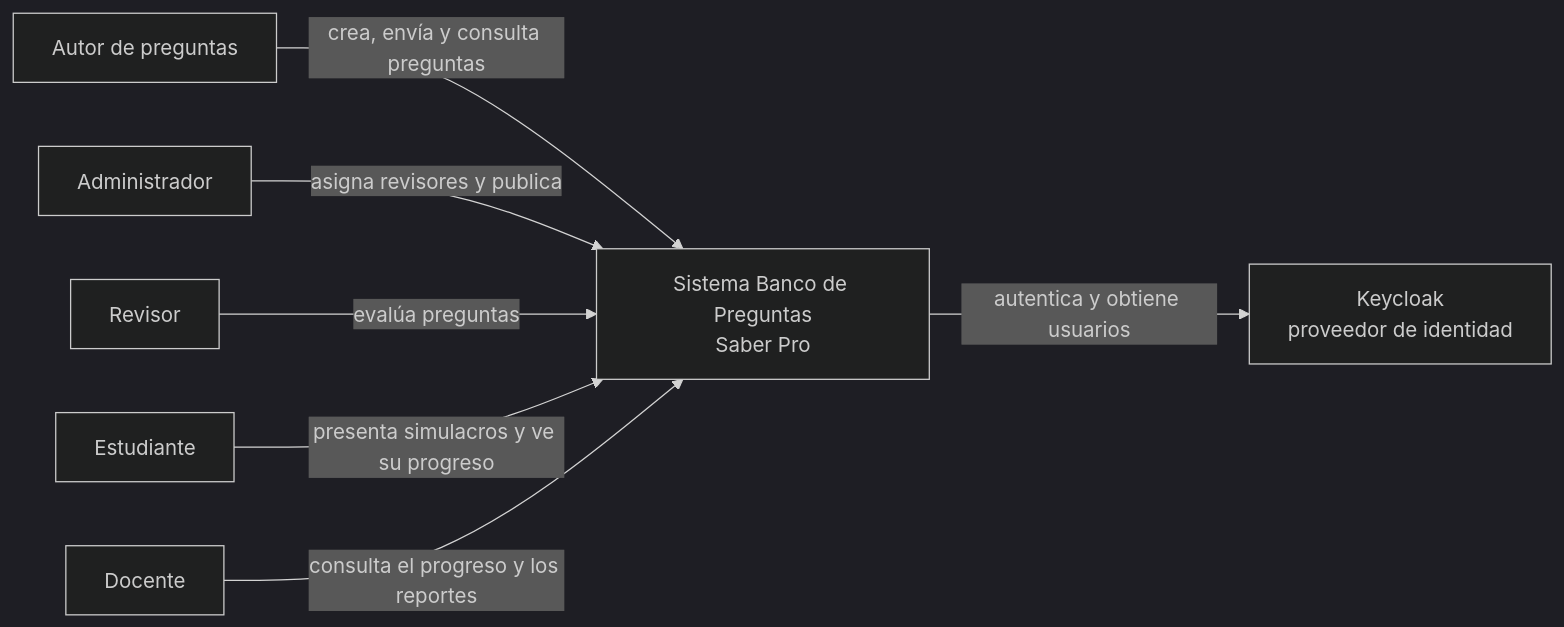
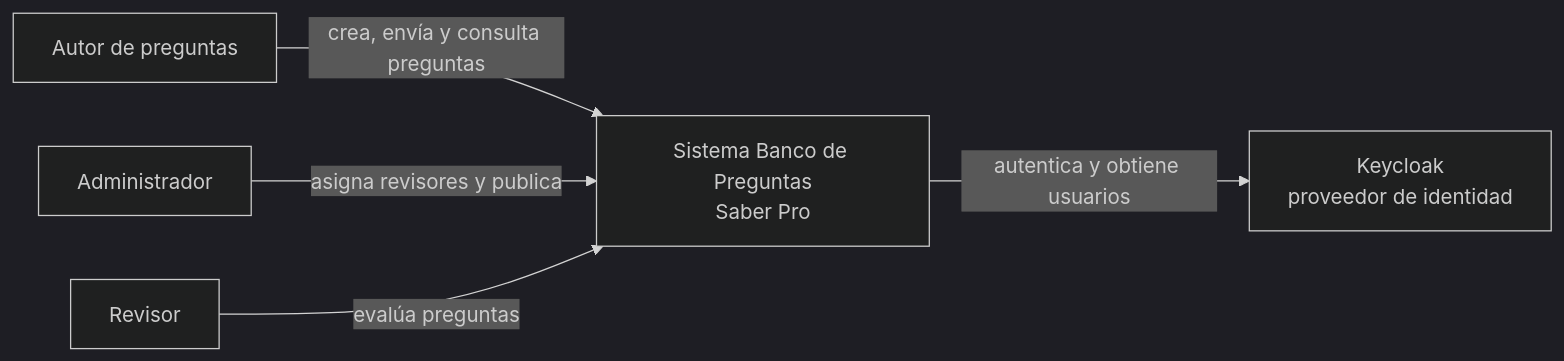
The first of 20 diagrams in docs/corte-2/03-arquitectura-c4-uml.md (DVLASZ/banco-preguntas-saberpro), drawn with Mermaid (dark theme) before and after one commit. The commit also changed other lines of this file and 66 other files, not shown here.

````diff
--- a/docs/corte-2/03-arquitectura-c4-uml.md
+++ b/docs/corte-2/03-arquitectura-c4-uml.md
@@ -22,16 +17,12 @@
 ```mermaid
 flowchart LR
   AUT["Autor de preguntas"]
   ADM["Administrador"]
   REV["Revisor"]
-  EST["Estudiante"]
-  DOC["Docente"]
   SYS["Sistema Banco de Preguntas<br/>Saber Pro"]
   KC["Keycloak<br/>proveedor de identidad"]
   AUT -- "crea, envía y consulta preguntas" --> SYS
   ADM -- "asigna revisores y publica" --> SYS
   REV -- "evalúa preguntas" --> SYS
-  EST -- "presenta simulacros y ve su progreso" --> SYS
-  DOC -- "consulta el progreso y los reportes" --> SYS
   SYS -- "autentica y obtiene usuarios" --> KC
 ```
````
